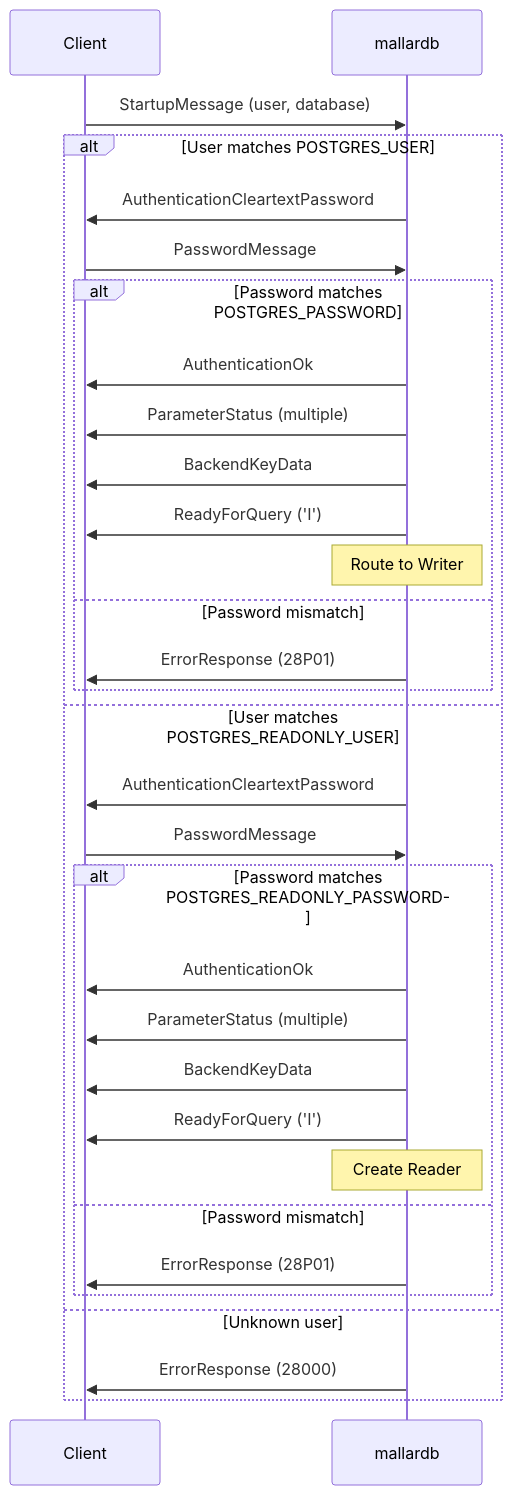
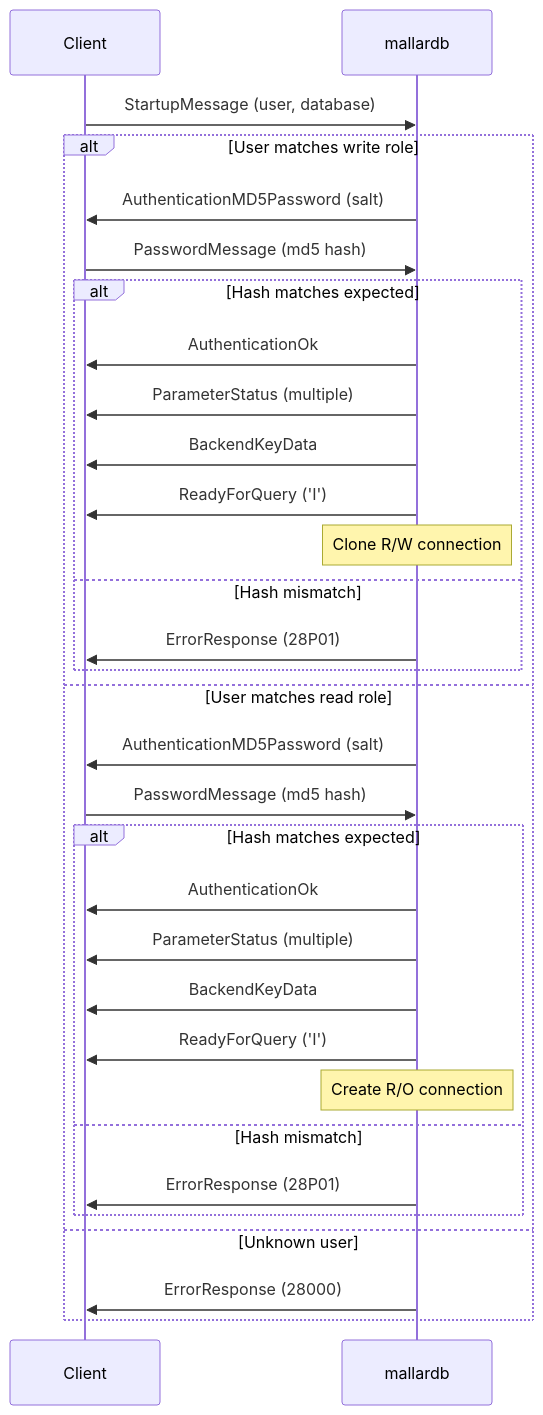
Before and after one commit to vibesrc/mallardb: the diagram in docs/rfc/05-authentication.md, drawn with Mermaid. The commit also changed other lines of this file and 7 other files, not shown here.

````diff
--- a/docs/rfc/05-authentication.md
+++ b/docs/rfc/05-authentication.md
@@ -81,35 +77,35 @@
 ```mermaid
 sequenceDiagram
     participant C as Client
     participant S as mallardb
-    
+
     C->>S: StartupMessage (user, database)
-    
-    alt User matches POSTGRES_USER
-        S->>C: AuthenticationCleartextPassword
-        C->>S: PasswordMessage
-        alt Password matches POSTGRES_PASSWORD
+
+    alt User matches write role
+        S->>C: AuthenticationMD5Password (salt)
+        C->>S: PasswordMessage (md5 hash)
+        alt Hash matches expected
             S->>C: AuthenticationOk
             S->>C: ParameterStatus (multiple)
             S->>C: BackendKeyData
             S->>C: ReadyForQuery ('I')
-            Note over S: Route to Writer
-        else Password mismatch
+            Note over S: Clone R/W connection
+        else Hash mismatch
             S->>C: ErrorResponse (28P01)
         end
-    else User matches POSTGRES_READONLY_USER
-        S->>C: AuthenticationCleartextPassword
-        C->>S: PasswordMessage
-        alt Password matches POSTGRES_READONLY_PASSWORD
+    else User matches read role
+        S->>C: AuthenticationMD5Password (salt)
+        C->>S: PasswordMessage (md5 hash)
+        alt Hash matches expected
             S->>C: AuthenticationOk
             S->>C: ParameterStatus (multiple)
             S->>C: BackendKeyData
             S->>C: ReadyForQuery ('I')
-            Note over S: Create Reader
-        else Password mismatch
+            Note over S: Create R/O connection
+        else Hash mismatch
             S->>C: ErrorResponse (28P01)
         end
     else Unknown user
         S->>C: ErrorResponse (28000)
     end
 ```
````
